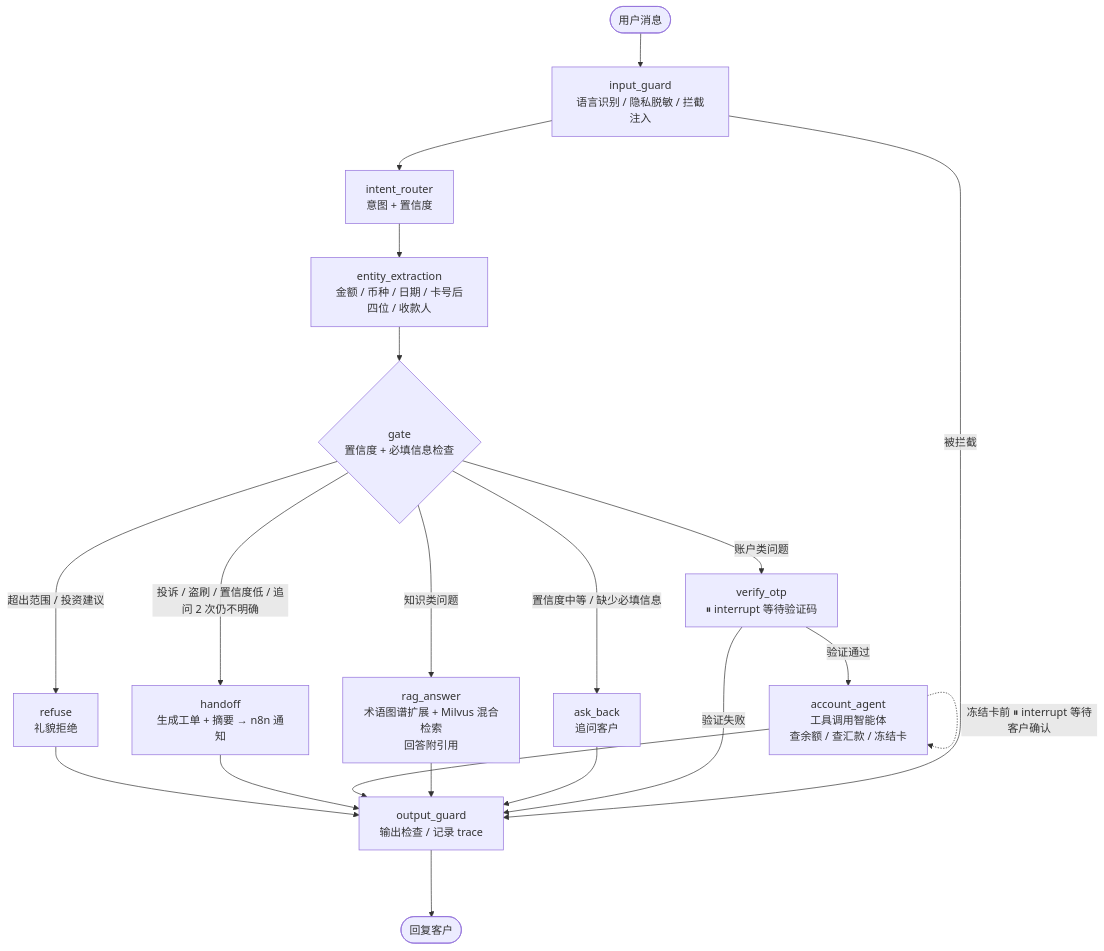
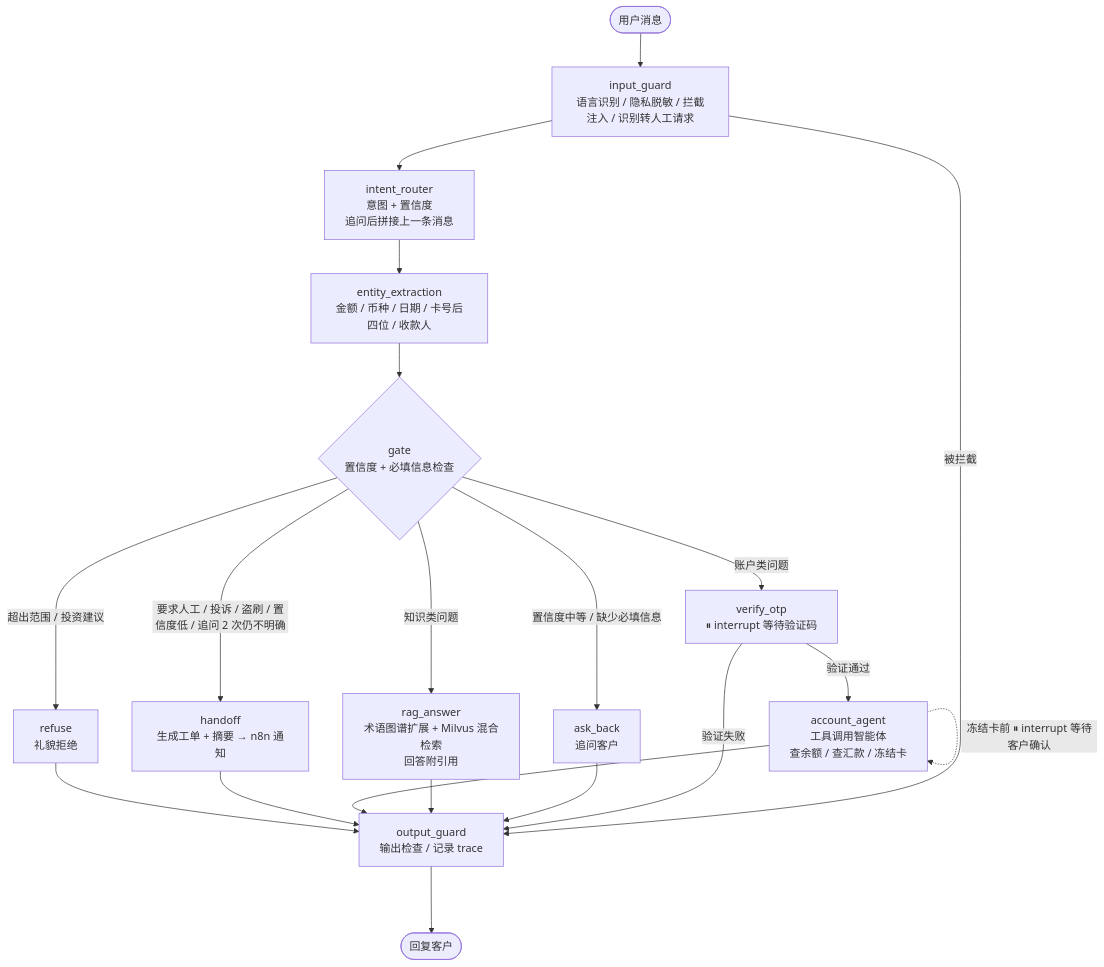
Before and after one commit to ChamLeeHam/bank-cs: the second of 2 diagrams in 需求文档.md, drawn with Mermaid. The commit also changed other lines of this file and 5 other files, not shown here.

````diff
--- a/需求文档.md
+++ b/需求文档.md
@@ -106,22 +106,22 @@
 ```mermaid
 flowchart TD
-    S([用户消息]) --> IG[input_guard<br/>语言识别 / 隐私脱敏 / 拦截注入]
+    S([用户消息]) --> IG[input_guard<br/>语言识别 / 隐私脱敏 / 拦截注入 / 识别转人工请求]
     IG -->|被拦截| OG[output_guard<br/>输出检查 / 记录 trace]
-    IG --> R[intent_router<br/>意图 + 置信度]
+    IG --> R[intent_router<br/>意图 + 置信度<br/>追问后拼接上一条消息]
     R --> EX[entity_extraction<br/>金额 / 币种 / 日期 / 卡号后四位 / 收款人]
     EX --> GT{gate<br/>置信度 + 必填信息检查}
     GT -->|置信度中等 / 缺少必填信息| AB[ask_back<br/>追问客户]
     GT -->|知识类问题| RAG[rag_answer<br/>术语图谱扩展 + Milvus 混合检索<br/>回答附引用]
     GT -->|账户类问题| OTP[verify_otp<br/>⏸ interrupt 等待验证码]
-    GT -->|投诉 / 盗刷 / 置信度低 / 追问 2 次仍不明确| HO[handoff<br/>生成工单 + 摘要 → n8n 通知]
+    GT -->|要求人工 / 投诉 / 盗刷 / 置信度低 / 追问 2 次仍不明确| HO[handoff<br/>生成工单 + 摘要 → n8n 通知]
     GT -->|超出范围 / 投资建议| RF[refuse<br/>礼貌拒绝]
     OTP -->|验证通过| AG[account_agent<br/>工具调用智能体<br/>查余额 / 查汇款 / 冻结卡]
     OTP -->|验证失败| OG
     AG -.->|冻结卡前 ⏸ interrupt 等待客户确认| AG
     AB --> OG
     RAG --> OG
     AG --> OG
     HO --> OG
     RF --> OG
     OG --> END([回复客户])
 ```
````
